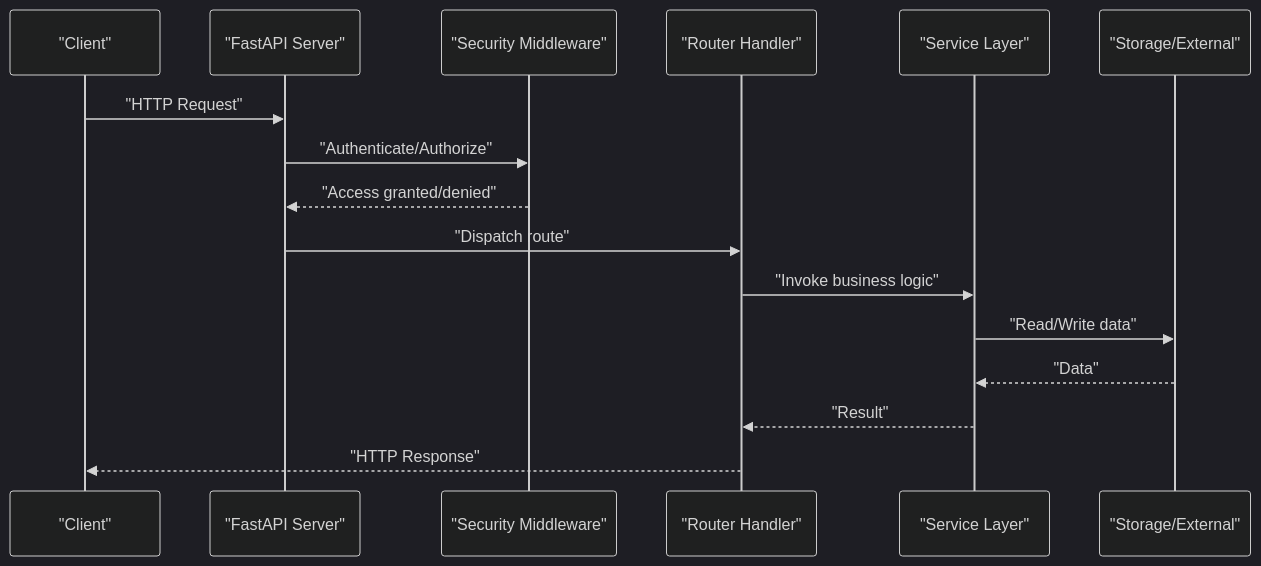
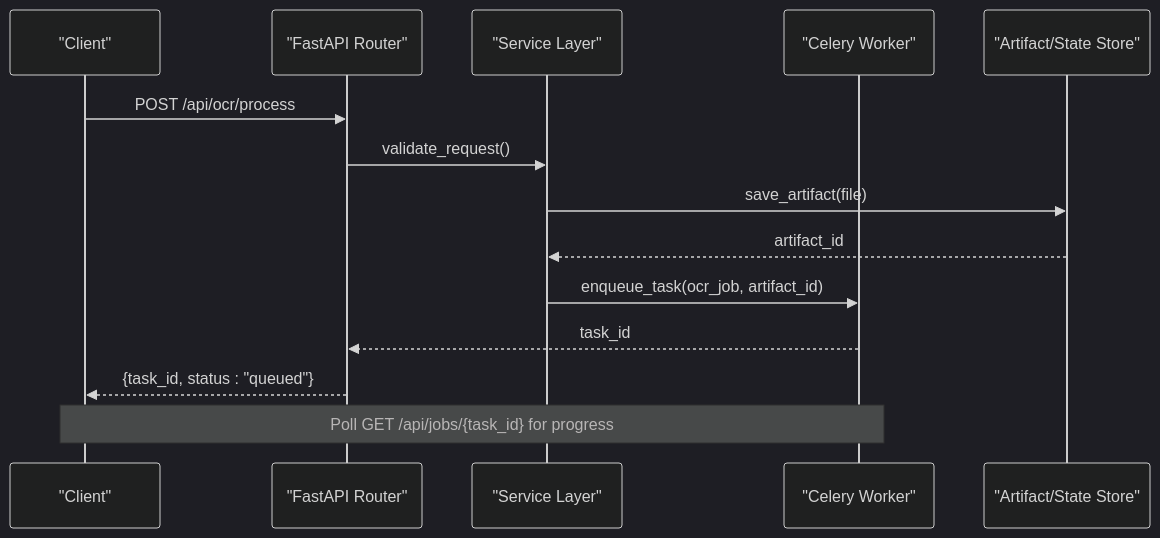
One commit to Sifr-r/LocalDeepL changed the second of 3 diagrams in .qoder/repowiki/en/content/API Reference/REST API Endpoints/REST API Endpoints.md. Above: the diagram before and after it, drawn with Mermaid (dark theme). The commit also changed other lines of this file and 246 other files, not shown here.

````diff
--- a/.qoder/repowiki/en/content/API Reference/REST API Endpoints/REST API Endpoints.md
+++ b/.qoder/repowiki/en/content/API Reference/REST API Endpoints/REST API Endpoints.md
@@ -121,18 +114,16 @@
 ```mermaid
 sequenceDiagram
-participant C as "Client"
-participant F as "FastAPI Server"
-participant SM as "Security Middleware"
-participant R as "Router Handler"
-participant S as "Service Layer"
-participant DB as "Storage/External"
-C->>F : "HTTP Request"
-F->>SM : "Authenticate/Authorize"
-SM-->>F : "Access granted/denied"
-F->>R : "Dispatch route"
-R->>S : "Invoke business logic"
-S->>DB : "Read/Write data"
-DB-->>S : "Data"
-S-->>R : "Result"
-R-->>C : "HTTP Response"
+participant Client as "Client"
+participant API as "FastAPI Router"
+participant Service as "Service Layer"
+participant Celery as "Celery Worker"
+participant Store as "Artifact/State Store"
+Client->>API : POST /api/ocr/process
+API->>Service : validate_request()
+Service->>Store : save_artifact(file)
+Store-->>Service : artifact_id
+Service->>Celery : enqueue_task(ocr_job, artifact_id)
+Celery-->>API : task_id
+API-->>Client : {task_id, status : "queued"}
+Note over Client,Celery : Poll GET /api/jobs/{task_id} for progress
 ```
````
